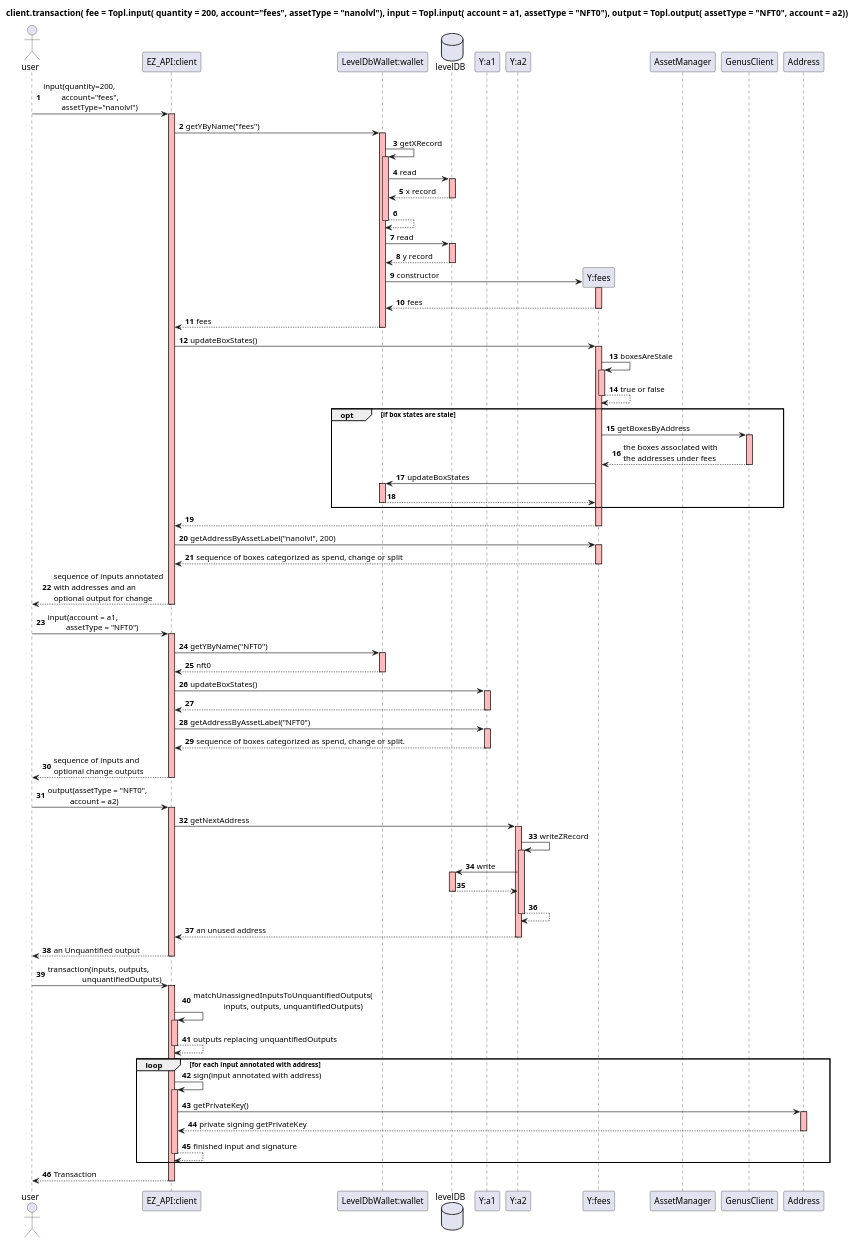
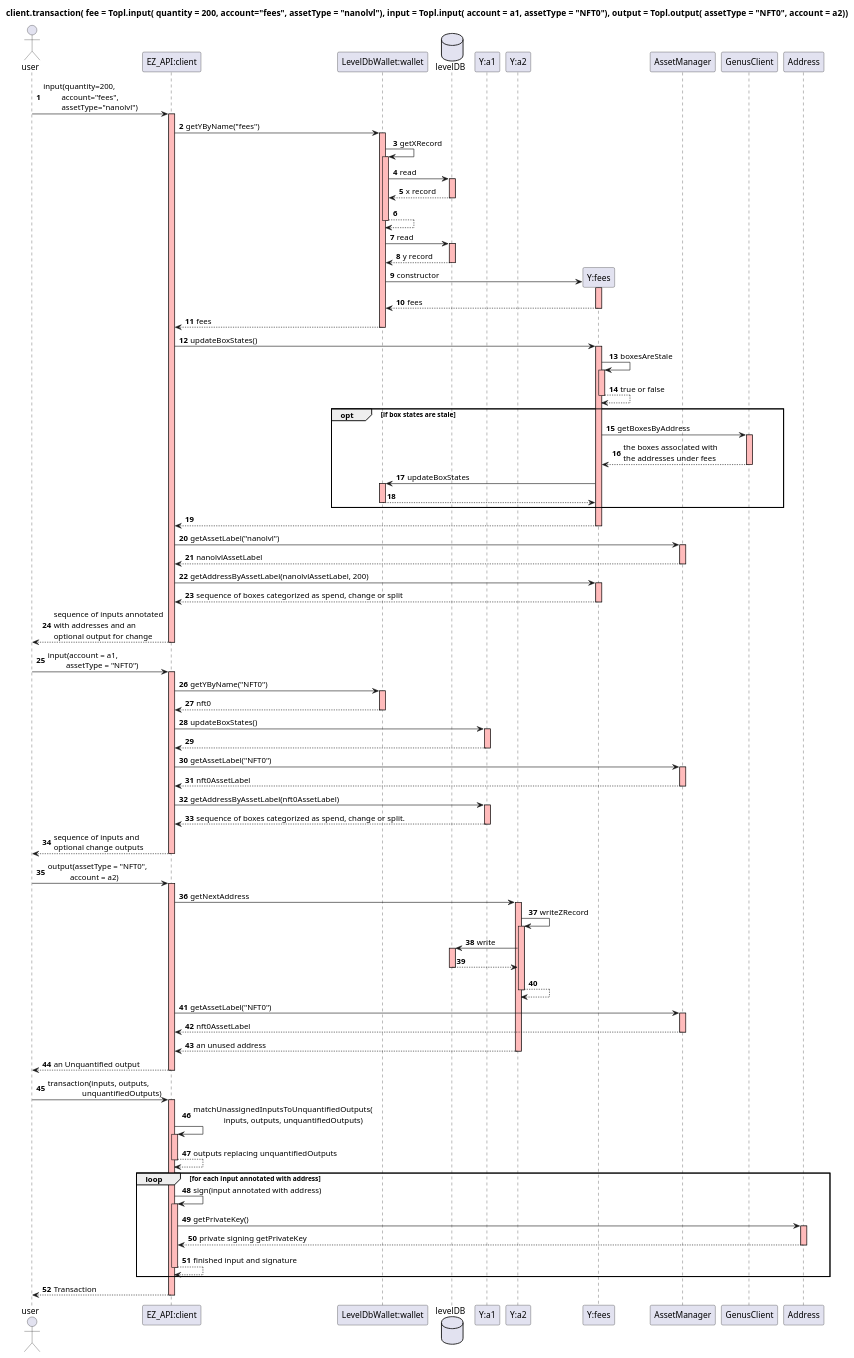
The diagram in use_case_1t_sequence.puml (mgrand-topl/PlantUML_Sandbox), drawn with PlantUML before and after one commit. The commit also changed 1 other file, not shown here.

```diff
--- a/use_case_1t_sequence.puml
+++ b/use_case_1t_sequence.puml
@@ -1,81 +1,88 @@
 @startuml
 skinparam sequence {
   LifeLineBackgroundColor #FFBBBB
 }
 
 autonumber
 autoactivate on
 actor user
 participant "EZ_API:client" as client
 participant "LevelDbWallet:wallet" as wallet
 database levelDB
 participant "Y:a1" as a1
 participant "Y:a2" as a2
 participant "Y:fees" as fees
 participant "AssetManager"
 title client.transaction( fee = Topl.input( quantity = 200, account="fees", assetType = "nanolvl"), input = Topl.input( account = a1, assetType = "NFT0"), output = Topl.output( assetType = "NFT0", account =  a2))
 user -> client : input(quantity=200,\n         account="fees",\n         assetType="nanolvl")
   client -> wallet : getYByName("fees")
     wallet -> wallet : getXRecord
       wallet -> levelDB : read
       return x record
     return
     wallet -> levelDB : read
     return y record
 
     create fees
     wallet -> fees : constructor
     return fees
 
   return fees
 
   client -> fees : updateBoxStates()
 
     fees -> fees : boxesAreStale
     return true or false
     opt if box states are stale
       fees -> GenusClient : getBoxesByAddress
       return the boxes associated with\nthe addresses under fees
 
       fees -> wallet : updateBoxStates
       return
     end opt
   return
 
-  client -> fees : getAddressByAssetLabel("nanolvl", 200)
+  client -> AssetManager : getAssetLabel("nanolvl")
+  return nanolvlAssetLabel
+  client -> fees : getAddressByAssetLabel(nanolvlAssetLabel, 200)
   return sequence of boxes categorized as spend, change or split
 return sequence of inputs annotated\nwith addresses and an\noptional output for change
 
 user -> client : input(account = a1,\n         assetType = "NFT0")
   client -> wallet : getYByName("NFT0")
   return nft0
 
   client -> a1 : updateBoxStates()
   return
 
-  client -> a1 : getAddressByAssetLabel("NFT0")
+  client -> AssetManager : getAssetLabel("NFT0")
+  return nft0AssetLabel
+  client -> a1 : getAddressByAssetLabel(nft0AssetLabel)
   return sequence of boxes categorized as spend, change or split.
 return sequence of inputs and\noptional change outputs
 
 user -> client : output(assetType = "NFT0",\n           account = a2)
   client -> a2 : getNextAddress
     a2 -> a2 : writeZRecord
       a2 -> levelDB : write
       return
     return
+
+  client -> AssetManager : getAssetLabel("NFT0")
+  return nft0AssetLabel
 
   return an unused address
 return an Unquantified output
 
 user -> client : transaction(inputs, outputs,\n                 unquantifiedOutputs)
   client -> client : matchUnassignedInputsToUnquantifiedOutputs(\n               inputs, outputs, unquantifiedOutputs)
   return outputs replacing unquantifiedOutputs
 
   loop for each input annotated with address
       client -> client : sign(input annotated with address)
         client -> Address : getPrivateKey()
         return private signing getPrivateKey
       return finished input and signature
   end loop
 return Transaction
 @enduml
```
